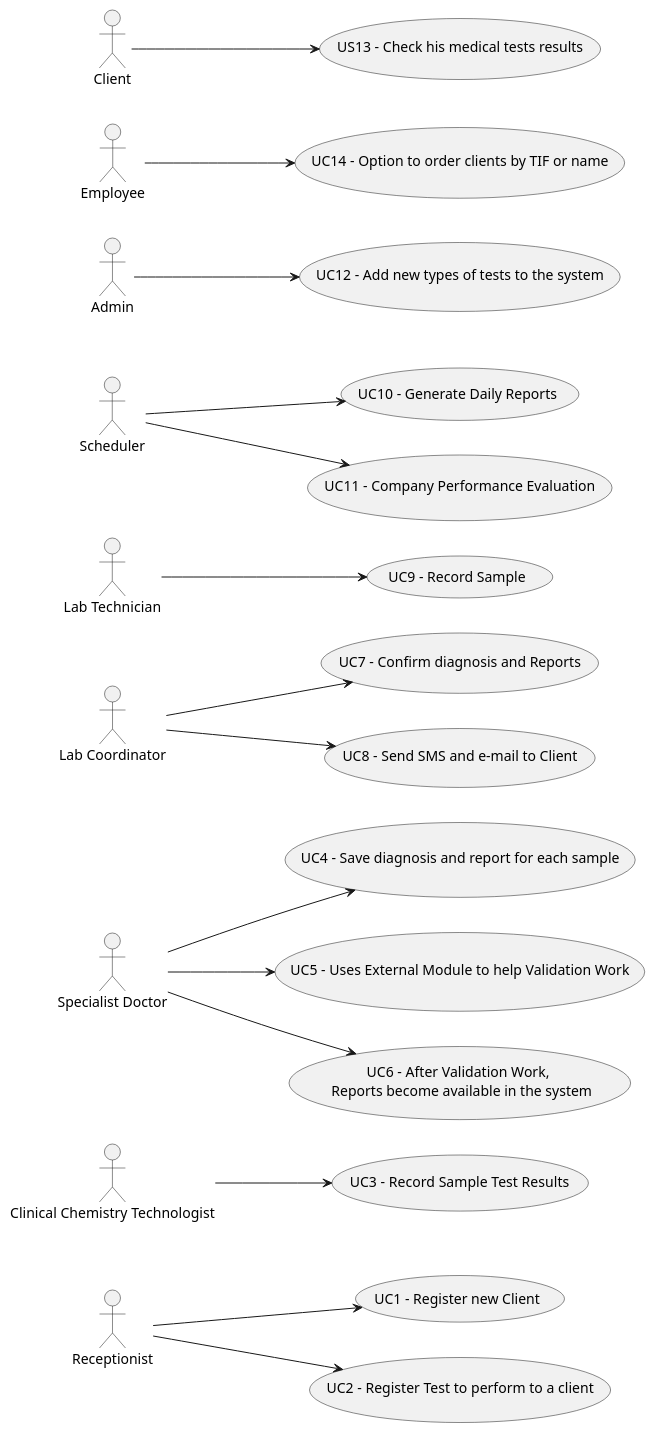
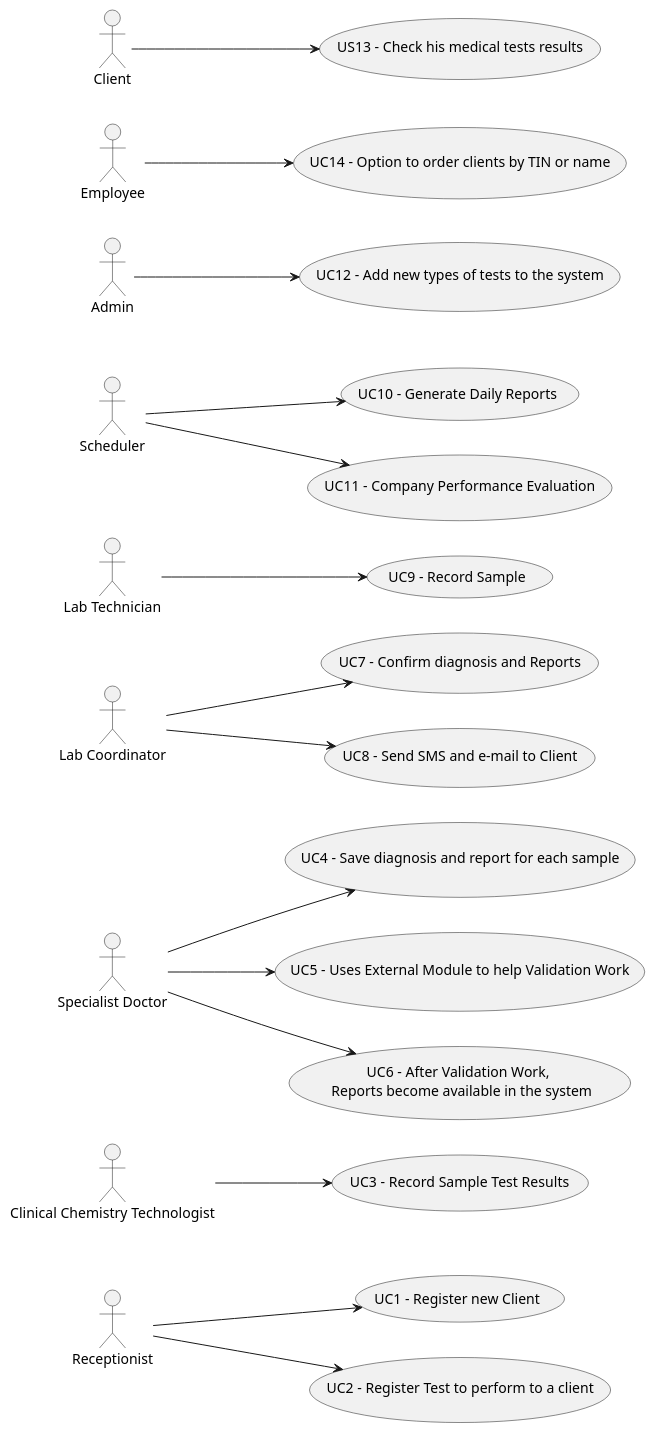
The diagram in docs/SprintA/UC Diagram.puml (GuilhermeCunha79/lapr2), drawn with PlantUML before and after one commit. The commit also changed 1 other file, not shown here.

Commit message:
DM diagram update

```diff
--- a/docs/SprintA/UC Diagram.puml
+++ b/docs/SprintA/UC Diagram.puml
@@ -1,29 +1,29 @@
 @startuml
 'https://plantuml.com/use-case-diagram
 
 left to right direction
 :Receptionist: as Recep
 Recep --> (UC1 - Register new Client)
 Recep --> (UC2 - Register Test to perform to a client)
 :Clinical Chemistry Technologist: --> (UC3 - Record Sample Test Results)
 :Specialist Doctor: --> (UC4 - Save diagnosis and report for each sample)
 :Specialist Doctor: --> (UC5 - Uses External Module to help Validation Work)
 :Specialist Doctor: --> (UC6 - After Validation Work, \n Reports become available in the system)
 
 :Lab Coordinator: as lc
 (UC7 - Confirm diagnosis and Reports) as UC7
 (UC8 - Send SMS and e-mail to Client) as UC8
 :Lab Technician: as lt
 (UC9 - Record Sample) as UC9
 
 :Scheduler: --> (UC10 - Generate Daily Reports)
 :Scheduler: --> (UC11 - Company Performance Evaluation)
 lc --> UC7
 lc --> UC8
 
 lt --> UC9
 
 :Admin: --> (UC12 - Add new types of tests to the system)
-:Employee: --> (UC14 - Option to order clients by TIF or name)
+:Employee: --> (UC14 - Option to order clients by TIN or name)
 :Client: --> (US13 - Check his medical tests results)
 @enduml
```
